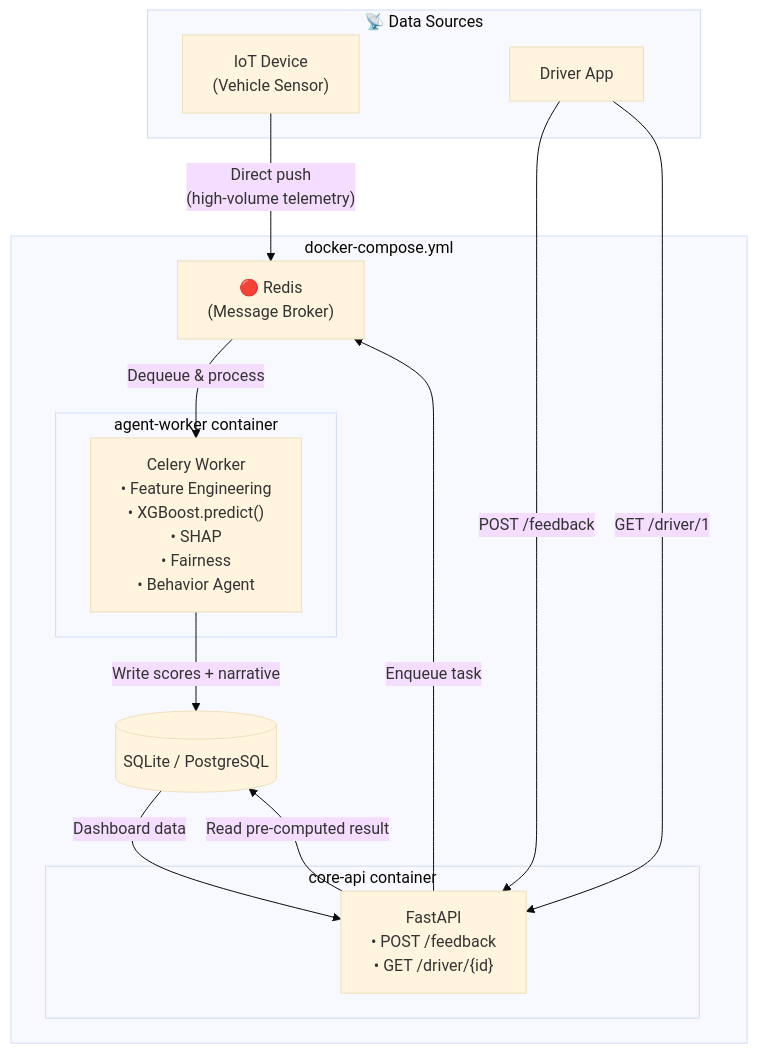
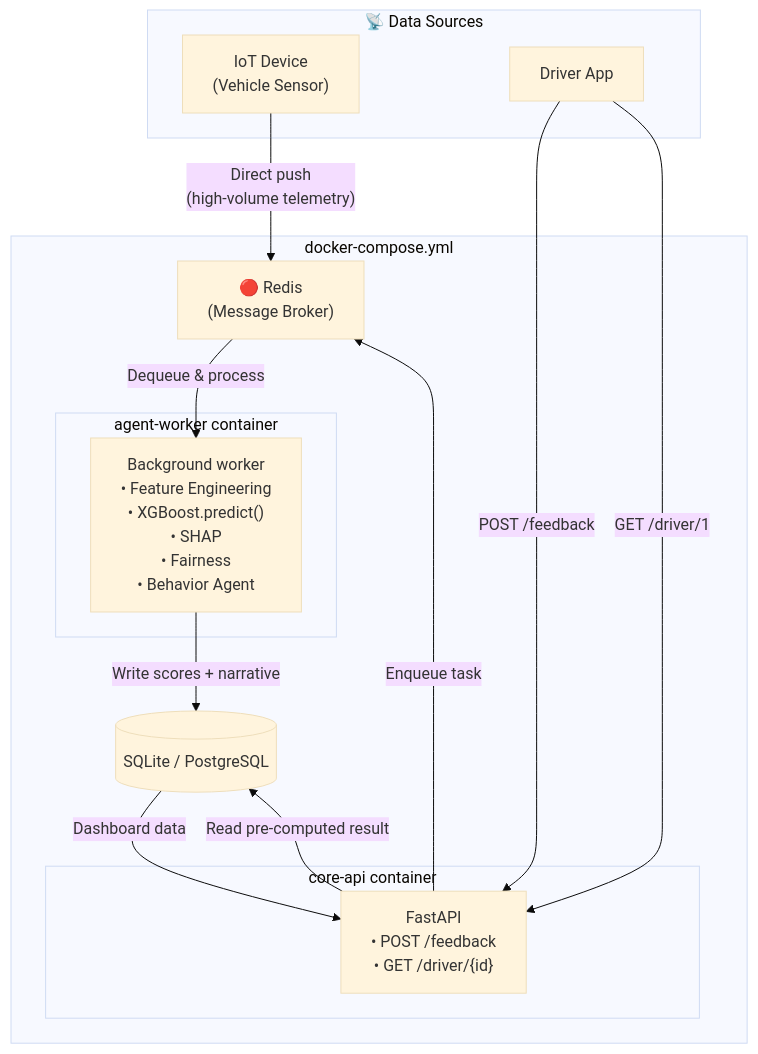
One commit to tracedata-ai/tracedata-ai-ml changed diagram 13 of 16 in docs/ml_pipeline_guide.md. Above: the diagram before and after it, drawn with Mermaid (base theme). The commit also changed other lines of this file and 10 other files, not shown here.

````diff
--- a/docs/ml_pipeline_guide.md
+++ b/docs/ml_pipeline_guide.md
@@ -315,30 +315,30 @@
 ```mermaid
 flowchart TB
     subgraph "📡 Data Sources"
         IOT["IoT Device\n(Vehicle Sensor)"]
         APP["Driver App"]
     end
 
     subgraph "docker-compose.yml"
         REDIS["🔴 Redis\n(Message Broker)"]
 
         subgraph "core-api container"
             API["FastAPI\n• POST /feedback\n• GET /driver/{id}"]
         end
 
         subgraph "agent-worker container"
-            WORKER["Celery Worker\n• Feature Engineering\n• XGBoost.predict()\n• SHAP\n• Fairness\n• Behavior Agent"]
+            WORKER["Background worker\n• Feature Engineering\n• XGBoost.predict()\n• SHAP\n• Fairness\n• Behavior Agent"]
         end
 
         DB[("SQLite / PostgreSQL")]
     end
 
     IOT -->|"Direct push\n(high-volume telemetry)"| REDIS
     APP -->|"POST /feedback"| API
     API -->|"Enqueue task"| REDIS
     REDIS -->|"Dequeue & process"| WORKER
     WORKER -->|"Write scores + narrative"| DB
     APP -->|"GET /driver/1"| API
     API -->|"Read pre-computed result"| DB
     DB -->|"Dashboard data"| API
 ```
````
